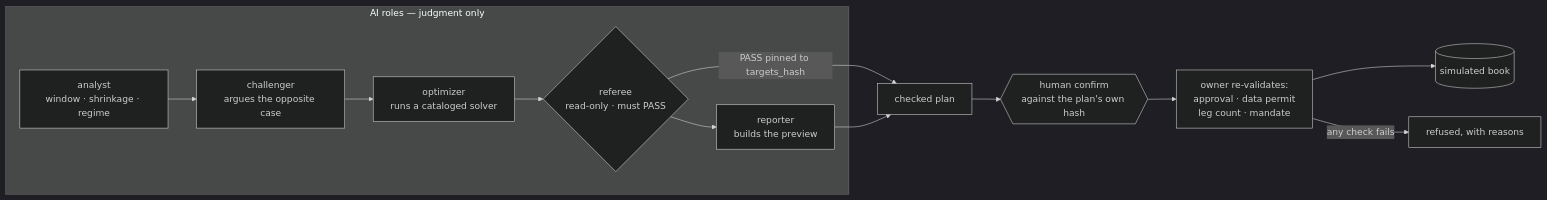
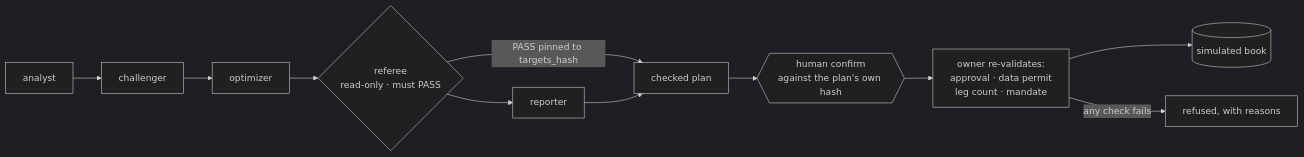
One commit to AzAINN/QLAB changed the diagram in README.md. Above: the diagram before and after it, drawn with Mermaid (dark theme). The commit also changed other lines of this file and 2 other files, not shown here.

````diff
--- a/README.md
+++ b/README.md
@@ -91,17 +79,10 @@
 ```mermaid
 flowchart LR
-    subgraph roles["AI roles — judgment only"]
-        A[analyst<br/>window · shrinkage · regime]
-        C[challenger<br/>argues the opposite case]
-        O[optimizer<br/>runs a cataloged solver]
-        R{referee<br/>read-only · must PASS}
-        P[reporter<br/>builds the preview]
-    end
-    A --> C --> O --> R --> P
-    R -- "PASS pinned to targets_hash" --> G
-    P --> G[checked plan]
+    A[analyst] --> C[challenger] --> O[optimizer] --> R{referee<br/>read-only · must PASS} --> P[reporter]
+    R -- "PASS pinned to targets_hash" --> G[checked plan]
+    P --> G
     G --> H{{human confirm<br/>against the plan's own hash}}
     H --> V[owner re-validates:<br/>approval · data permit<br/>leg count · mandate]
     V --> B[(simulated book)]
     V -- "any check fails" --> X[refused, with reasons]
 ```
````
